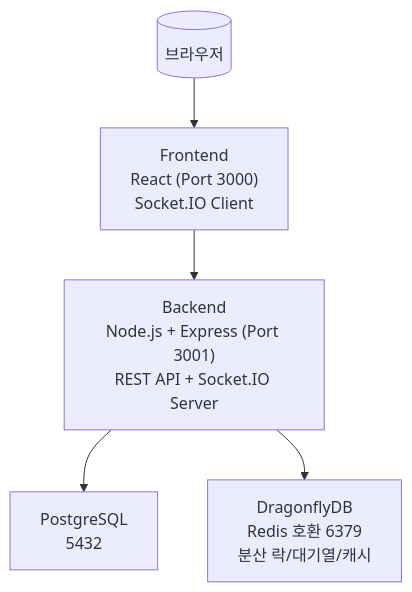
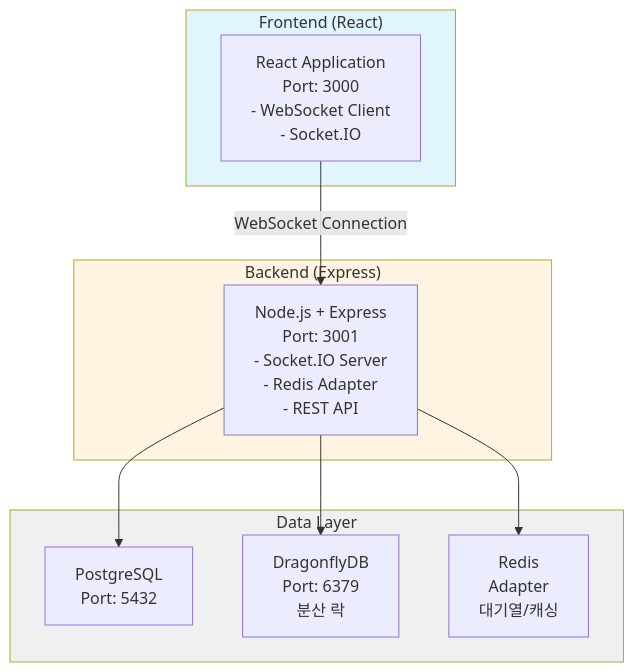
The first of 3 diagrams in README.md (cchriscode/tiketi), drawn with Mermaid before and after one commit. The commit also changed other lines of this file, not shown here.

````diff
--- a/README.md
+++ b/README.md
@@ -77,12 +57,25 @@
 ```mermaid
 graph TB
-  Browser[("브라우저")]
-  Frontend["Frontend\nReact (Port 3000)\nSocket.IO Client"]
-  Backend["Backend\nNode.js + Express (Port 3001)\nREST API + Socket.IO Server"]
-  Postgres["PostgreSQL\n5432"]
-  Dragonfly["DragonflyDB\nRedis 호환 6379\n분산 락/대기열/캐시"]
-
-  Browser --> Frontend --> Backend
-  Backend --> Postgres
-  Backend --> Dragonfly
+    subgraph Frontend["Frontend (React)"]
+        FE["React Application<br/>Port: 3000<br/>- WebSocket Client<br/>- Socket.IO"]
+    end
+    
+    subgraph Backend["Backend (Express)"]
+        BE["Node.js + Express<br/>Port: 3001<br/>- Socket.IO Server<br/>- Redis Adapter<br/>- REST API"]
+    end
+    
+    subgraph Databases["Data Layer"]
+        PG["PostgreSQL<br/>Port: 5432"]
+        DF["DragonflyDB<br/>Port: 6379<br/>분산 락"]
+        RD["Redis<br/>Adapter<br/>대기열/캐싱"]
+    end
+    
+    FE -->|WebSocket Connection| BE
+    BE --> PG
+    BE --> DF
+    BE --> RD
+    
+    style Frontend fill:#e1f5ff
+    style Backend fill:#fff4e1
+    style Databases fill:#f0f0f0
 ```
````
